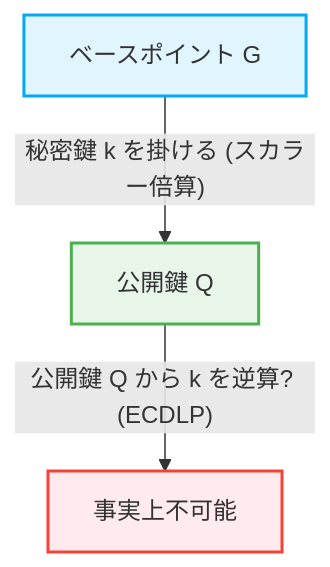
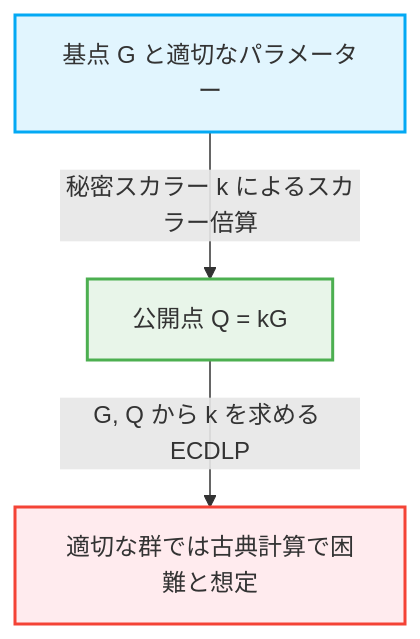
Before and after one commit to kenjinote/blog: the second of 2 diagrams in content/post/public-key-cryptography-rsa-ecc/index.md, drawn with Mermaid. The commit also changed other lines of this file and 8 other files, not shown here.

````diff
--- a/content/post/public-key-cryptography-rsa-ecc/index.md
+++ b/content/post/public-key-cryptography-rsa-ecc/index.md
@@ -124,8 +165,8 @@
 ```mermaid
 graph TD
-    A["ベースポイント G"] -->|"秘密鍵 k を掛ける (スカラー倍算)"| B["公開鍵 Q"]
-    B -->|"公開鍵 Q から k を逆算? (ECDLP)"| C["事実上不可能"]
+    A["基点 G と適切なパラメーター"] -->|"秘密スカラー k によるスカラー倍算"| B["公開点 Q = kG"]
+    B -->|"G, Q から k を求める ECDLP"| C["適切な群では古典計算で困難と想定"]
     style A fill:#e1f5fe,stroke:#03a9f4,stroke-width:2px
     style B fill:#e8f5e9,stroke:#4caf50,stroke-width:2px
     style C fill:#ffebee,stroke:#f44336,stroke-width:2px
 ```
````
